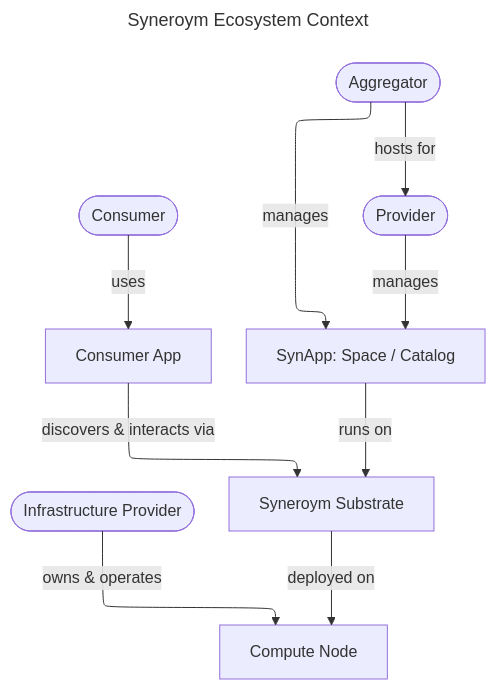
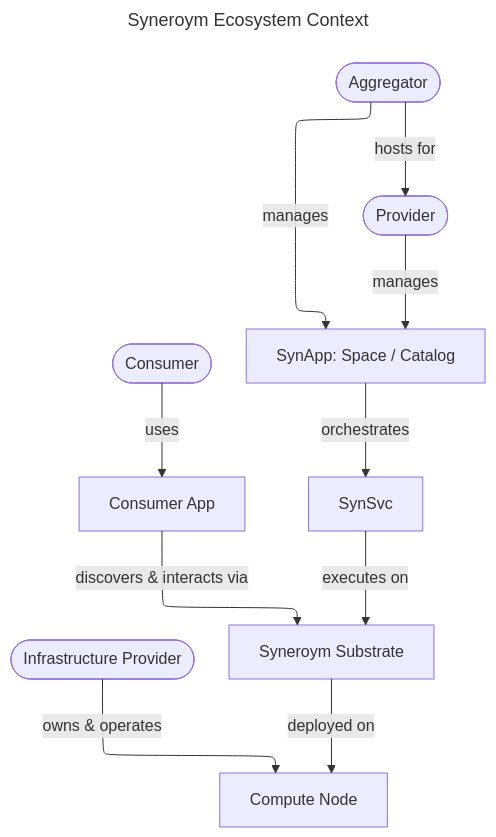
One commit to syneroym/syneroym changed the first of 2 diagrams in docs/system-requirements-spec.md. Above: the diagram before and after it, drawn with Mermaid. The commit also changed other lines of this file and 5 other files, not shown here.

````diff
--- a/docs/system-requirements-spec.md
+++ b/docs/system-requirements-spec.md
@@ -170,28 +159,29 @@
 ```mermaid
 ---
 title: Syneroym Ecosystem Context
 config:
     layout: elk
 ---
 flowchart TD
     Consumer([Consumer])
     Provider([Provider])
     Aggregator([Aggregator])
     InfraProv([Infrastructure Provider])
     
     ConsumerApp[Consumer App]
     SynApp[SynApp: Space / Catalog]
     Substrate[Syneroym Substrate]
     Node[Compute Node]
 
     Consumer -->|uses| ConsumerApp
     ConsumerApp -->|discovers & interacts via| Substrate
     
     Provider -->|manages| SynApp
     Aggregator -->|hosts for| Provider
     Aggregator -->|manages| SynApp
     
-    SynApp -->|runs on| Substrate
+    SynSvc -->|executes on| Substrate
+    SynApp -->|orchestrates| SynSvc
     Substrate -->|deployed on| Node
     InfraProv -->|owns & operates| Node
 ```
````
